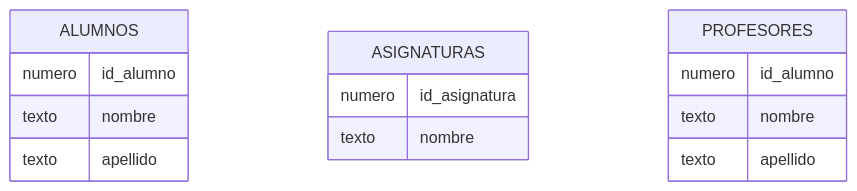
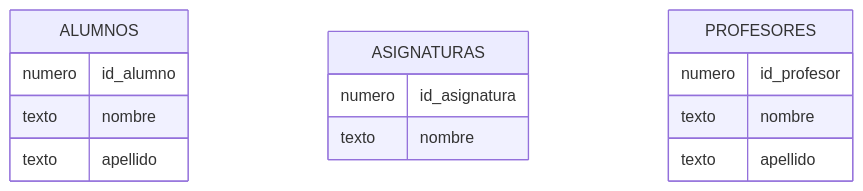
One commit to IraitzM/ingenieria-datos changed the second of 4 diagrams in content/modelado/intro.qmd. Above: the diagram before and after it, drawn with Mermaid. The commit also changed other lines of this file and 4 other files, not shown here.

Commit message:
FIX ER diagrams

````diff
--- a/content/modelado/intro.qmd
+++ b/content/modelado/intro.qmd
@@ -33,20 +33,20 @@
 ```{mermaid}
 %%| fig-width: 6.5
 erDiagram
     ALUMNOS {
         numero id_alumno
         texto nombre
         texto apellido
     }
 
     ASIGNATURAS {
         numero id_asignatura
         texto nombre
     }
 
     PROFESORES {
-        numero id_alumno
+        numero id_profesor
         texto nombre
         texto apellido
     }
 ```
````
